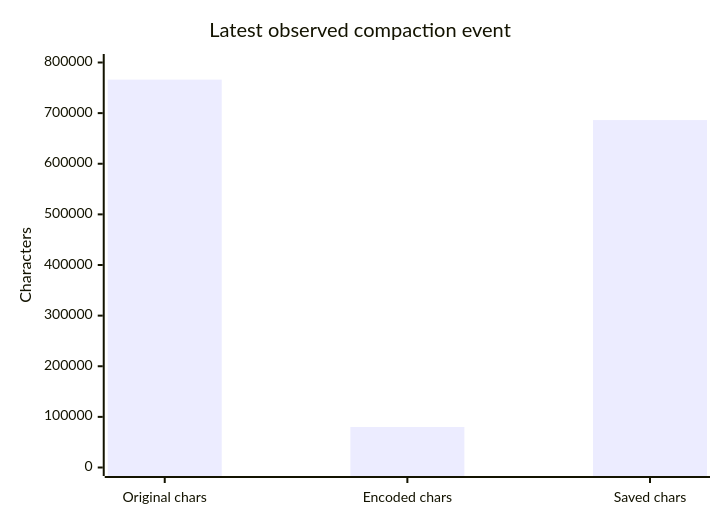
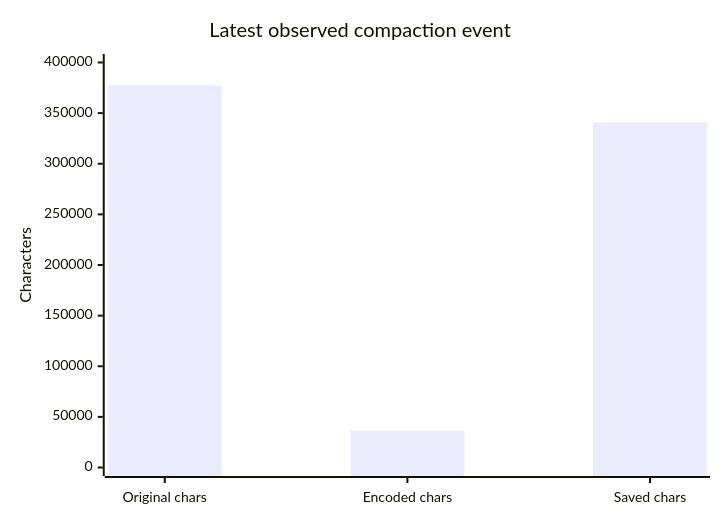
The eighth of 12 diagrams in HALLUCINATION_MITIGATION.md (icedmoca/neura), drawn with Mermaid before and after one commit. The commit also changed other lines of this file, not shown here.

````diff
--- a/HALLUCINATION_MITIGATION.md
+++ b/HALLUCINATION_MITIGATION.md
@@ -257,7 +264,7 @@
 ```mermaid
 xychart-beta
     title "Latest observed compaction event"
     x-axis ["Original chars", "Encoded chars", "Saved chars"]
-    y-axis "Characters" 0 --> 800000
-    bar [766131, 79903, 686228]
+    y-axis "Characters" 0 --> 400000
+    bar [377444, 36544, 340900]
 ```
````
